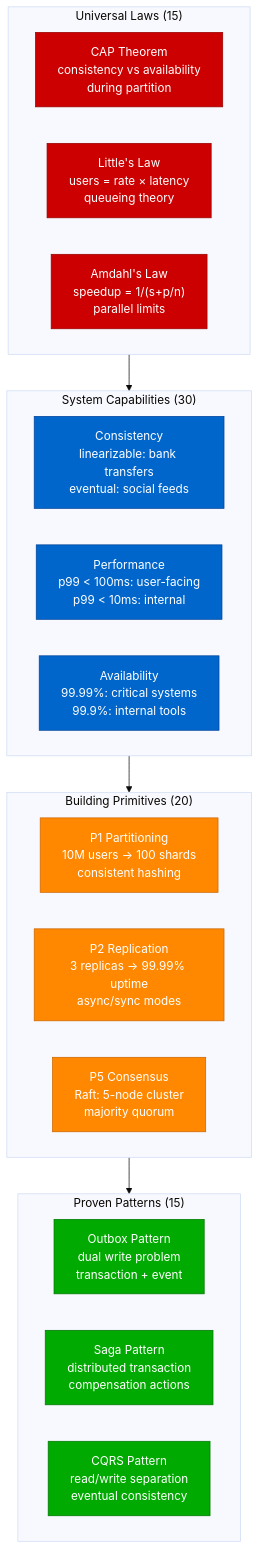
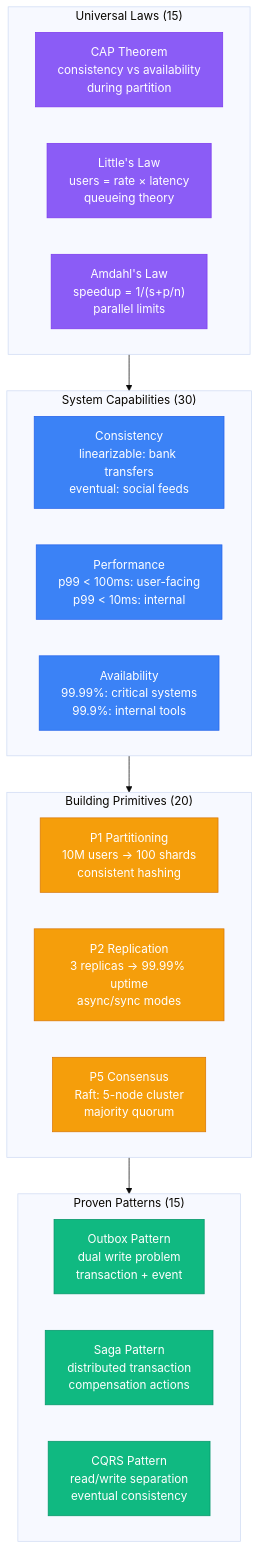
The third of 4 diagrams in site/docs/getting-started/overview.md (deepaucksharma/DS), drawn with Mermaid (base theme) before and after one commit. The commit also changed other lines of this file and 303 other files, not shown here.

````diff
--- a/site/docs/getting-started/overview.md
+++ b/site/docs/getting-started/overview.md
@@ -99,40 +99,40 @@
 ```mermaid
 flowchart TB
     subgraph Laws["Universal Laws (15)"]
         CAP["CAP Theorem<br/>consistency vs availability<br/>during partition"]
         LITTLE["Little's Law<br/>users = rate × latency<br/>queueing theory"]
         AMDAHL["Amdahl's Law<br/>speedup = 1/(s+p/n)<br/>parallel limits"]
     end
 
     subgraph Capabilities["System Capabilities (30)"]
         CONS["Consistency<br/>linearizable: bank transfers<br/>eventual: social feeds"]
         PERF["Performance<br/>p99 < 100ms: user-facing<br/>p99 < 10ms: internal"]
         AVAIL["Availability<br/>99.99%: critical systems<br/>99.9%: internal tools"]
     end
 
     subgraph Primitives["Building Primitives (20)"]
         P1["P1 Partitioning<br/>10M users → 100 shards<br/>consistent hashing"]
         P2["P2 Replication<br/>3 replicas → 99.99% uptime<br/>async/sync modes"]
         P5["P5 Consensus<br/>Raft: 5-node cluster<br/>majority quorum"]
     end
 
     subgraph Patterns["Proven Patterns (15)"]
         OUTBOX["Outbox Pattern<br/>dual write problem<br/>transaction + event"]
         SAGA["Saga Pattern<br/>distributed transaction<br/>compensation actions"]
         CQRS["CQRS Pattern<br/>read/write separation<br/>eventual consistency"]
     end
 
     Laws --> Capabilities
     Capabilities --> Primitives
     Primitives --> Patterns
 
-    classDef lawStyle fill:#CC0000,stroke:#990000,color:#fff
-    classDef capStyle fill:#0066CC,stroke:#004499,color:#fff
-    classDef primStyle fill:#FF8800,stroke:#CC6600,color:#fff
-    classDef patternStyle fill:#00AA00,stroke:#007700,color:#fff
+    classDef lawStyle fill:#8B5CF6,stroke:#7C3AED,color:#fff
+    classDef capStyle fill:#3B82F6,stroke:#2563EB,color:#fff
+    classDef primStyle fill:#F59E0B,stroke:#D97706,color:#fff
+    classDef patternStyle fill:#10B981,stroke:#059669,color:#fff
 
     class CAP,LITTLE,AMDAHL lawStyle
     class CONS,PERF,AVAIL capStyle
     class P1,P2,P5 primStyle
     class OUTBOX,SAGA,CQRS patternStyle
 ```
````
